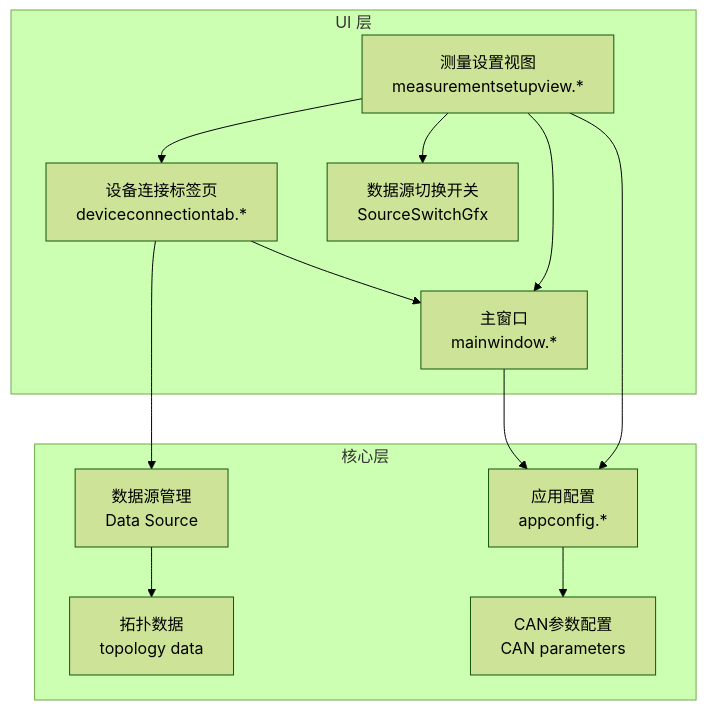
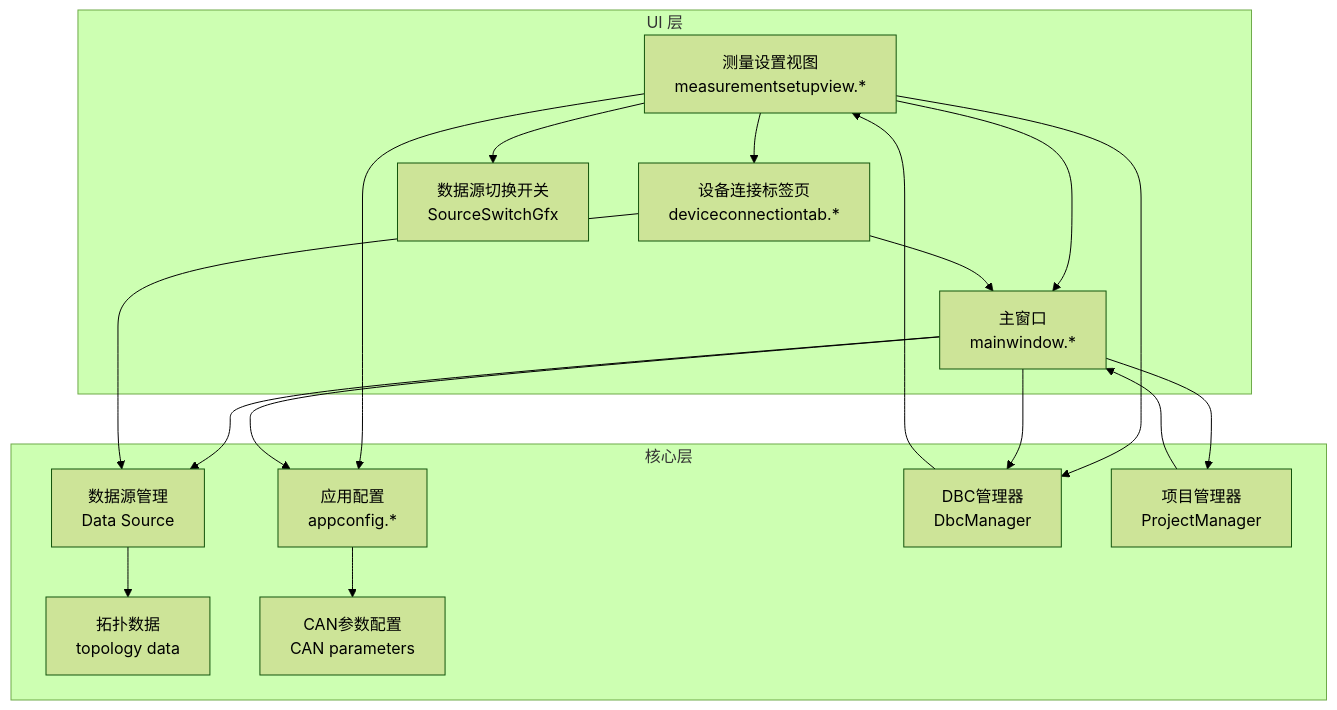
One commit to jakecai1225-design/OpenBus changed the first of 10 diagrams in .qoder/repowiki/zh/content/架构设计/UI系统设计/测量设置视图组件.md. Above: the diagram before and after it, drawn with Mermaid (forest theme). The commit also changed other lines of this file and 9 other files, not shown here.

````diff
--- a/.qoder/repowiki/zh/content/架构设计/UI系统设计/测量设置视图组件.md
+++ b/.qoder/repowiki/zh/content/架构设计/UI系统设计/测量设置视图组件.md
@@ -48,24 +48,32 @@
 ```mermaid
 graph TB
 subgraph "UI 层"
 MSV["测量设置视图<br/>measurementsetupview.*"]
 MW["主窗口<br/>mainwindow.*"]
 DCT["设备连接标签页<br/>deviceconnectiontab.*"]
 SSG["数据源切换开关<br/>SourceSwitchGfx"]
 end
 subgraph "核心层"
 AC["应用配置<br/>appconfig.*"]
 TD["拓扑数据<br/>topology data"]
 CP["CAN参数配置<br/>CAN parameters"]
 DS["数据源管理<br/>Data Source"]
+DM["DBC管理器<br/>DbcManager"]
+PM["项目管理器<br/>ProjectManager"]
 end
 MSV --> MW
 MSV --> DCT
 MSV --> AC
 MSV --> SSG
+MSV --> DM
+MW --> AC
+MW --> DS
+MW --> PM
+MW --> DM
 DCT --> MW
 DCT --> DS
-MW --> AC
 AC --> CP
 DS --> TD
+DM --> MSV
+PM --> MW
 ```
````
